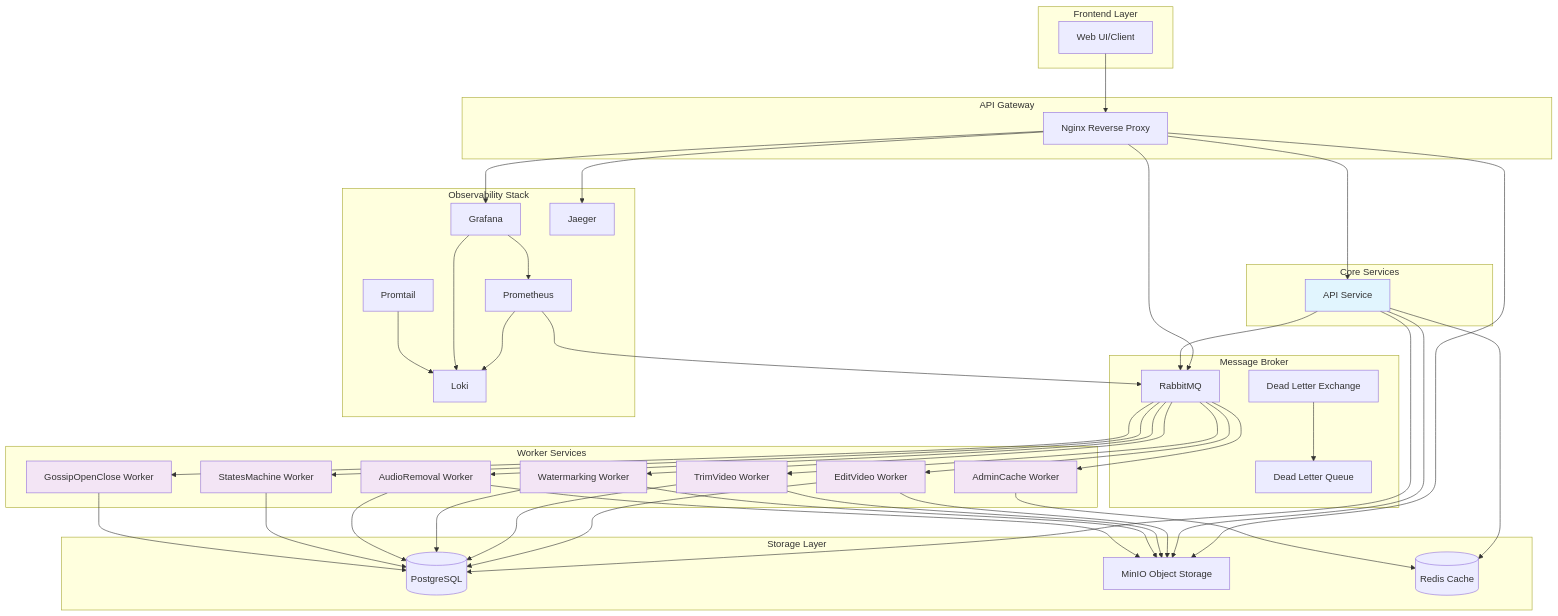
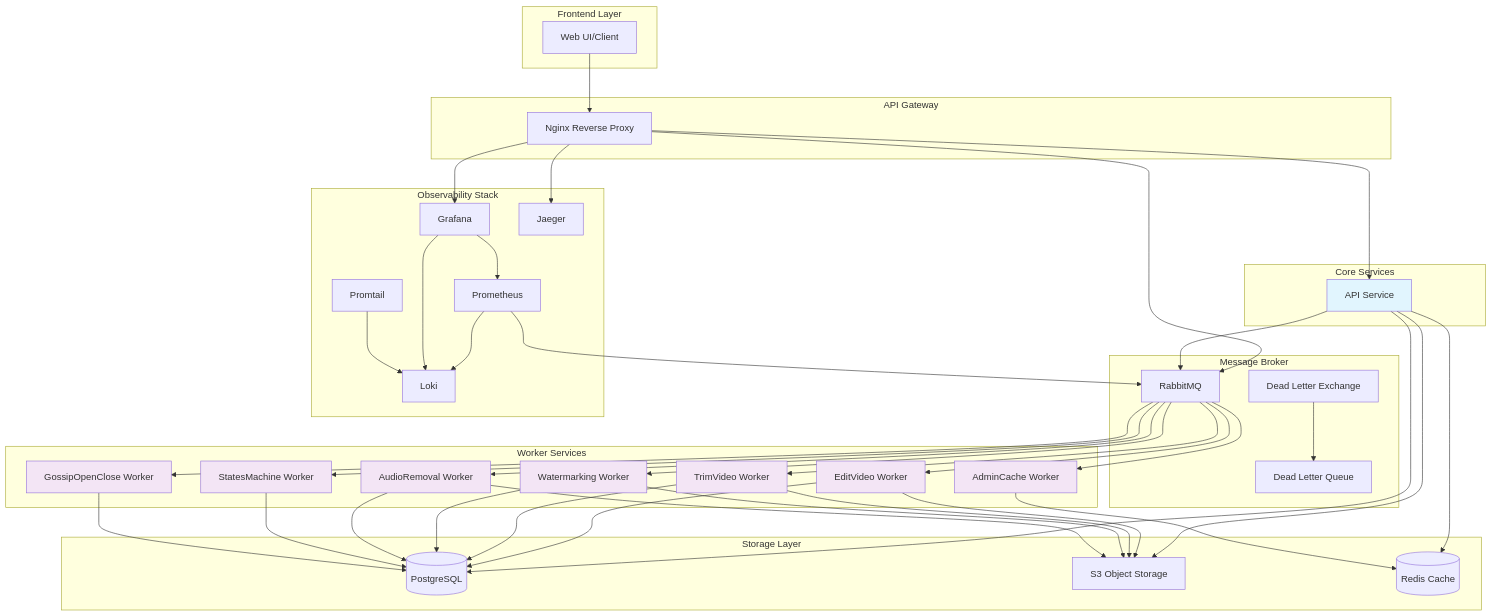
One commit to tatoand97/Sistema-de-Videos-y-Ranking changed the first of 7 diagrams in README.md. Above: the diagram before and after it, drawn with Mermaid. The commit also changed other lines of this file and 62 other files, not shown here.

First line of the commit message:
Refactor storage to use S3 instead of MinIO

```diff
--- a/README.md
+++ b/README.md
@@ -63,7 +63,7 @@
     
     subgraph "Storage Layer"
         PG[(PostgreSQL)]
-        MINIO[MinIO Object Storage]
+        S3[S3 Object Storage]
         REDIS[(Redis Cache)]
     end
     
@@ -79,13 +79,12 @@
     NGINX --> API
     NGINX --> GRAF
     NGINX --> JAEGER
-    NGINX --> MINIO
     NGINX --> RMQ
     
     API --> RMQ
     API --> PG
     API --> REDIS
-    API --> MINIO
+    API --> S3
     
     RMQ --> WK1
     RMQ --> WK2
@@ -98,13 +97,13 @@
     RMQ_DLX --> RMQ_DLQ
     
     WK1 --> PG
-    WK1 --> MINIO
+    WK1 --> S3
     WK2 --> PG
-    WK2 --> MINIO
+    WK2 --> S3
     WK3 --> PG
-    WK3 --> MINIO
+    WK3 --> S3
     WK4 --> PG
-    WK4 --> MINIO
+    WK4 --> S3
     WK5 --> REDIS
     WK6 --> PG
     WK7 --> PG
```
